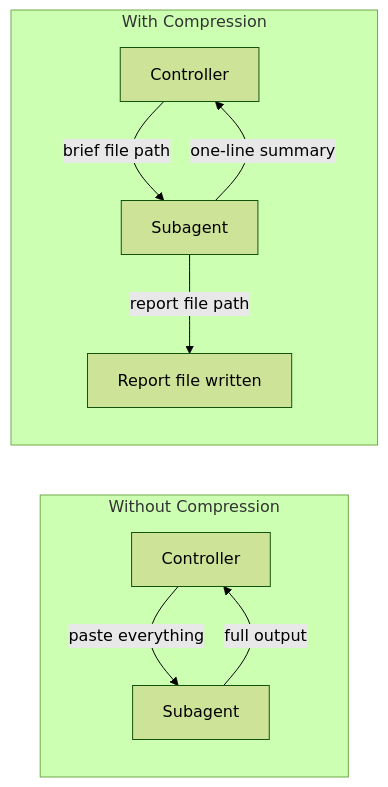
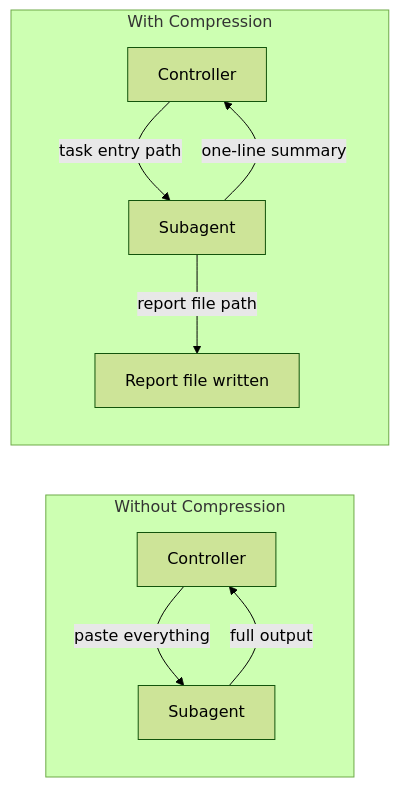
Before and after one commit to gugacarbo/agents-skills: diagram 12 of 12 in super-planning/README.md, drawn with Mermaid (forest theme). The commit also changed other lines of this file and 10 other files, not shown here.

````diff
--- a/super-planning/README.md
+++ b/super-planning/README.md
@@ -303,13 +289,13 @@
 ```mermaid
 flowchart LR
     subgraph Without Compression
         A[Controller] -->|paste everything| B[Subagent]
         B -->|full output| A
     end
 
     subgraph With Compression
-        C[Controller] -->|brief file path| D[Subagent]
+        C[Controller] -->|task entry path| D[Subagent]
         D -->|report file path| E[Report file written]
         D -->|one-line summary| C
     end
 ```
````
